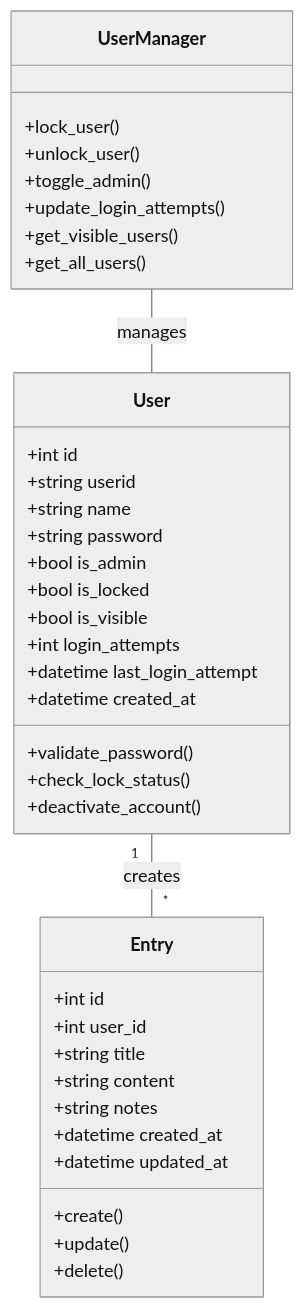
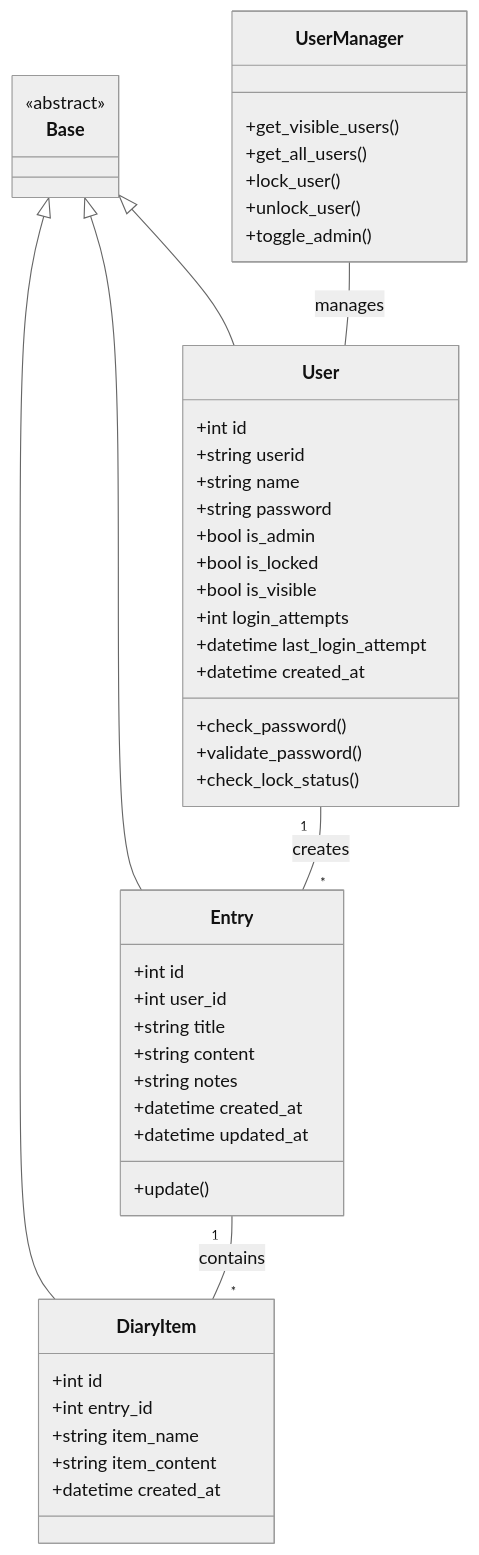
One commit to sougetuOte/LifeLog changed the second of 10 diagrams in docs/diagrams.md. Above: the diagram before and after it, drawn with Mermaid (neutral theme). The commit also changed other lines of this file and 20 other files, not shown here.

````diff
--- a/docs/diagrams.md
+++ b/docs/diagrams.md
@@ -39,43 +40,56 @@
 ```mermaid
 classDiagram
+    class Base {
+        <<abstract>>
+    }
+
     class User {
         +int id
         +string userid
         +string name
         +string password
         +bool is_admin
         +bool is_locked
         +bool is_visible
         +int login_attempts
         +datetime last_login_attempt
         +datetime created_at
+        +check_password()
         +validate_password()
         +check_lock_status()
-        +deactivate_account()
     }
 
     class Entry {
         +int id
         +int user_id
         +string title
         +string content
         +string notes
         +datetime created_at
         +datetime updated_at
-        +create()
         +update()
-        +delete()
+    }
+
+    class DiaryItem {
+        +int id
+        +int entry_id
+        +string item_name
+        +string item_content
+        +datetime created_at
     }
 
     class UserManager {
+        +get_visible_users()
+        +get_all_users()
         +lock_user()
         +unlock_user()
         +toggle_admin()
-        +update_login_attempts()
-        +get_visible_users()
-        +get_all_users()
     }
 
+    Base <|-- User
+    Base <|-- Entry
+    Base <|-- DiaryItem
     User "1" -- "*" Entry : creates
+    Entry "1" -- "*" DiaryItem : contains
     UserManager -- User : manages
 ```
````
